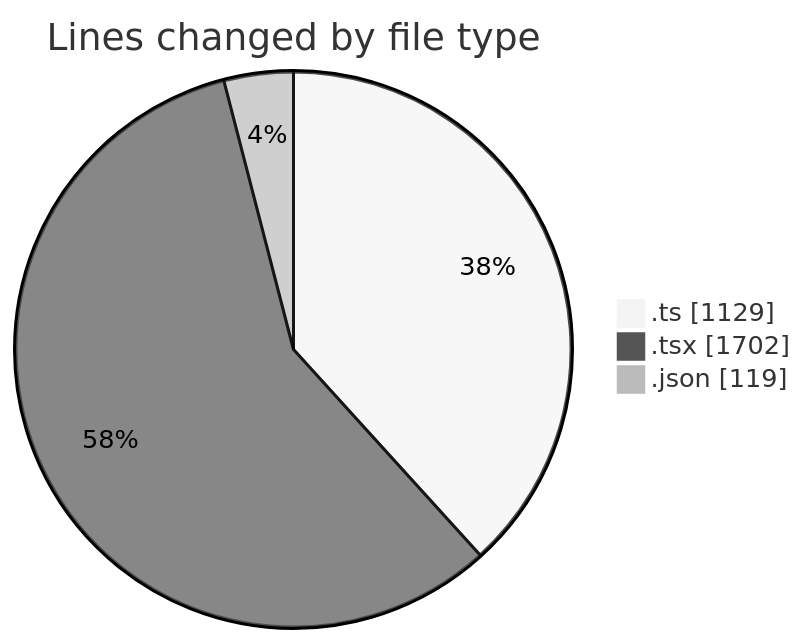
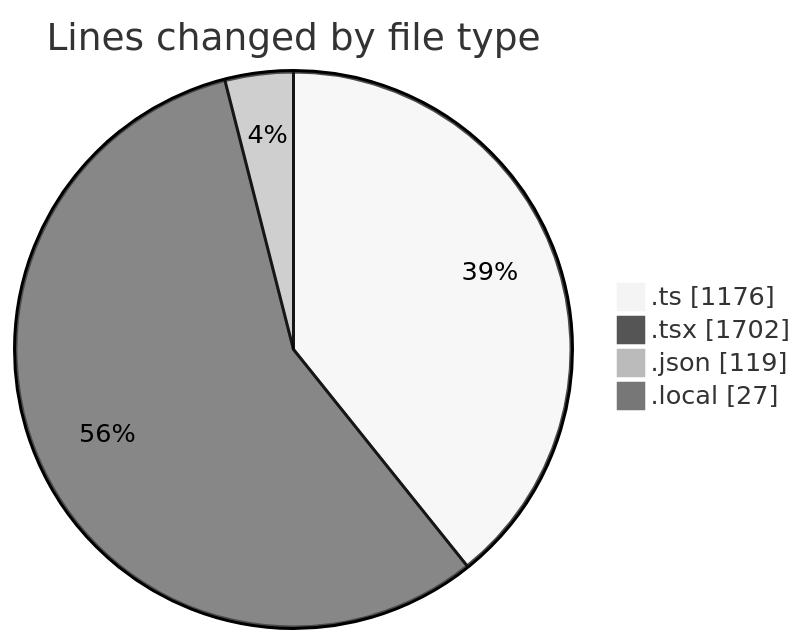
The first of 2 diagrams in 2025-11-10/eventscop-frontend-guide__workspace_/README.md (julien-gomy/code-tracking), drawn with Mermaid (neutral theme) before and after one commit. The commit also changed other lines of this file and 1 other file, not shown here.

````diff
--- a/2025-11-10/eventscop-frontend-guide__workspace_/README.md
+++ b/2025-11-10/eventscop-frontend-guide__workspace_/README.md
@@ -43,7 +45,8 @@
 ```mermaid
 pie showData
 title Lines changed by file type
-".ts" : 1129
+".ts" : 1176
 ".tsx" : 1702
 ".json" : 119
+".local" : 27
 ```
````
